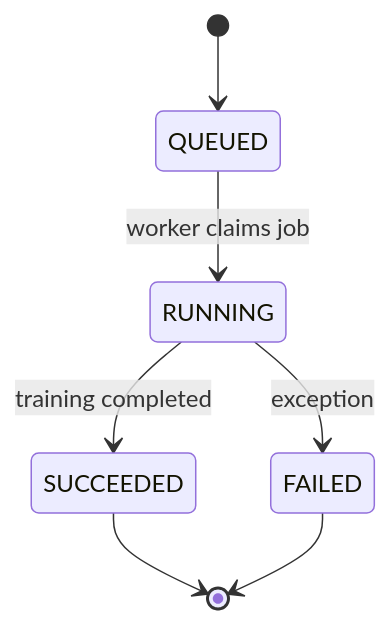
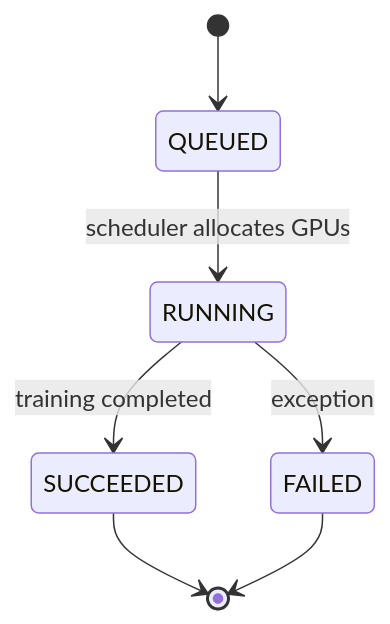
Before and after one commit to zqih/mini-ai-platform: the second of 2 diagrams in docs/architecture.md, drawn with Mermaid. The commit also changed other lines of this file and 9 other files, not shown here.

````diff
--- a/docs/architecture.md
+++ b/docs/architecture.md
@@ -20,9 +22,9 @@
 ```mermaid
 stateDiagram-v2
     [*] --> QUEUED
-    QUEUED --> RUNNING: worker claims job
+    QUEUED --> RUNNING: scheduler allocates GPUs
     RUNNING --> SUCCEEDED: training completed
     RUNNING --> FAILED: exception
     SUCCEEDED --> [*]
     FAILED --> [*]
 ```
````
